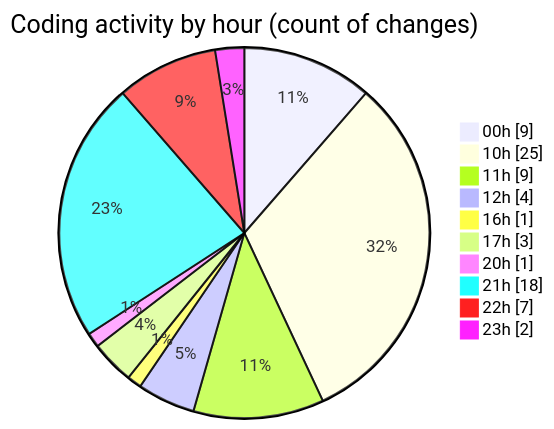
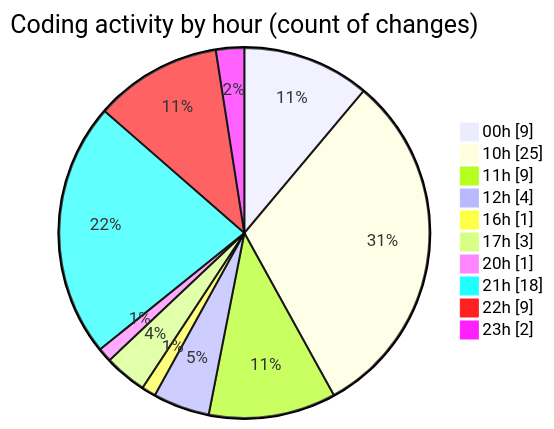
The second of 2 diagrams in 2025-11-15/cdp_aleoudev_fr__workspace_/README.md (julien-gomy/code-tracking), drawn with Mermaid before and after one commit. The commit also changed other lines of this file and 1 other file, not shown here.

````diff
--- a/2025-11-15/cdp_aleoudev_fr__workspace_/README.md
+++ b/2025-11-15/cdp_aleoudev_fr__workspace_/README.md
@@ -40,14 +40,14 @@
 ```mermaid
 pie showData
 title Coding activity by hour (count of changes)
 "00h" : 9
 "10h" : 25
 "11h" : 9
 "12h" : 4
 "16h" : 1
 "17h" : 3
 "20h" : 1
 "21h" : 18
-"22h" : 7
+"22h" : 9
 "23h" : 2
 ```
````
